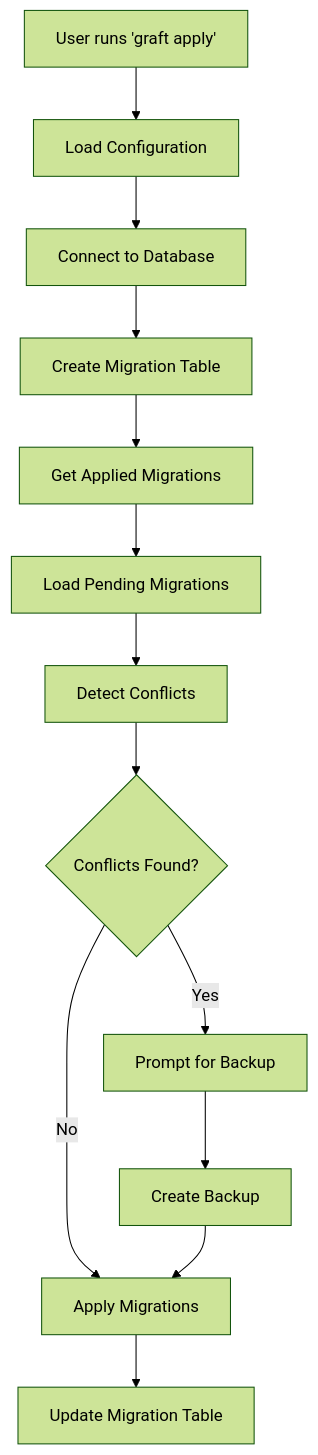
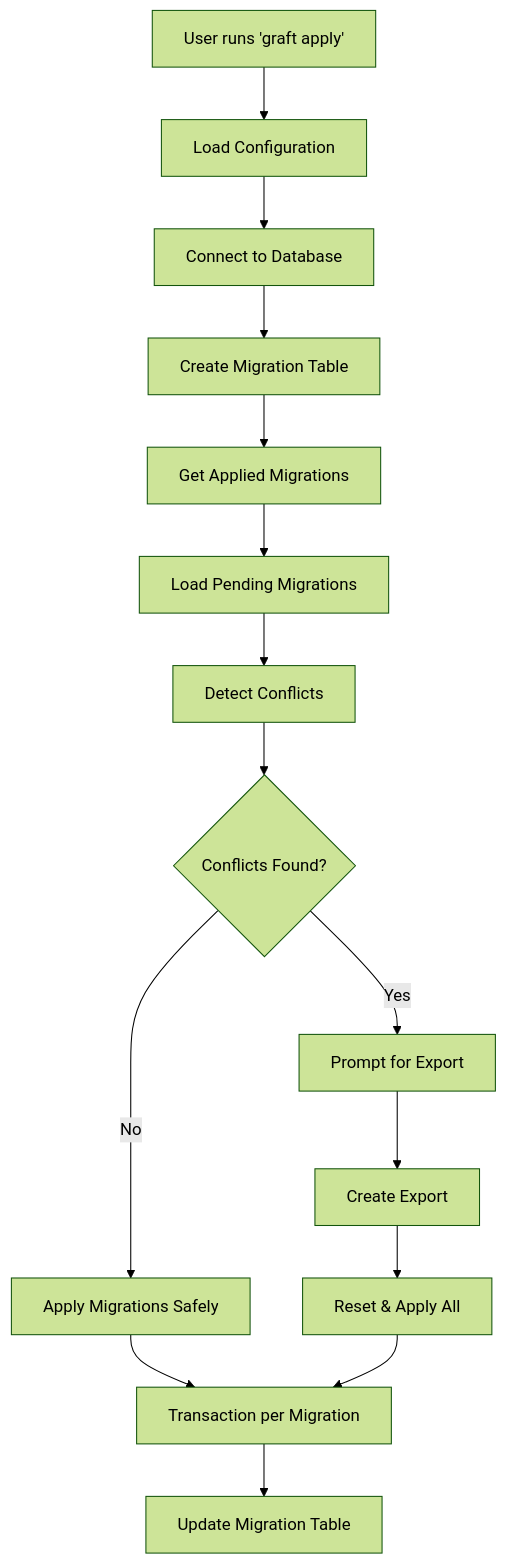
The second of 2 diagrams in docs/HOW_IT_WORKS.md (rosab0506/flash), drawn with Mermaid (forest theme) before and after one commit. The commit also changed other lines of this file and 19 other files, not shown here.

````diff
--- a/docs/HOW_IT_WORKS.md
+++ b/docs/HOW_IT_WORKS.md
@@ -255,15 +254,17 @@
 ```mermaid
 graph TD
     A[User runs 'graft apply'] --> B[Load Configuration]
     B --> C[Connect to Database]
     C --> D[Create Migration Table]
     D --> E[Get Applied Migrations]
     E --> F[Load Pending Migrations]
     F --> G[Detect Conflicts]
     G --> H{Conflicts Found?}
-    H -->|Yes| I[Prompt for Backup]
-    H -->|No| J[Apply Migrations]
-    I --> K[Create Backup]
-    K --> J
-    J --> L[Update Migration Table]
+    H -->|Yes| I[Prompt for Export]
+    H -->|No| J[Apply Migrations Safely]
+    I --> K[Create Export]
+    K --> L[Reset & Apply All]
+    J --> M[Transaction per Migration]
+    L --> M
+    M --> N[Update Migration Table]
 ```
````
